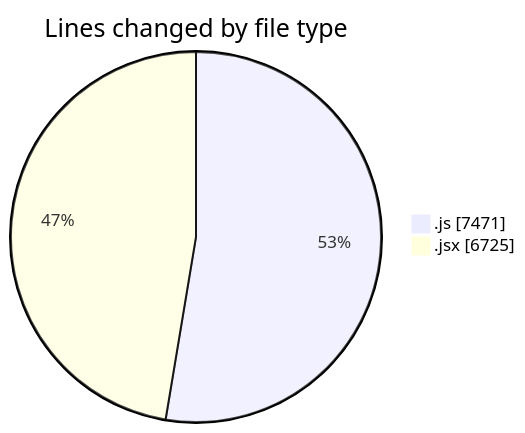
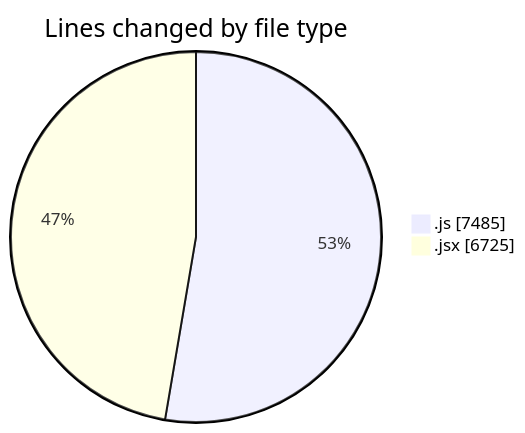
One commit to nxtqubesakshisongat/code-tracking changed the first of 2 diagrams in 2025-09-24/nxtqube_webapp/README.md. Above: the diagram before and after it, drawn with Mermaid. The commit also changed other lines of this file and 1 other file, not shown here.

````diff
--- a/2025-09-24/nxtqube_webapp/README.md
+++ b/2025-09-24/nxtqube_webapp/README.md
@@ -23,6 +23,6 @@
 ```mermaid
 pie showData
 title Lines changed by file type
-".js" : 7471
+".js" : 7485
 ".jsx" : 6725
 ```
````
